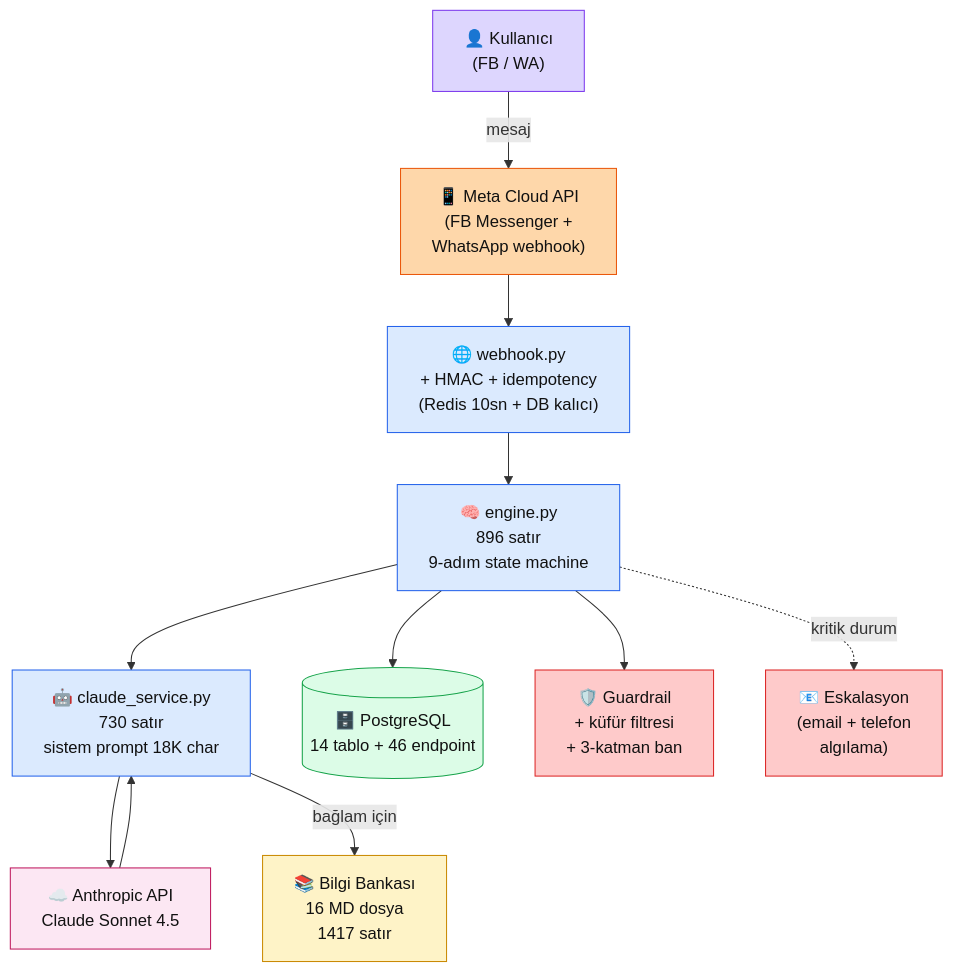
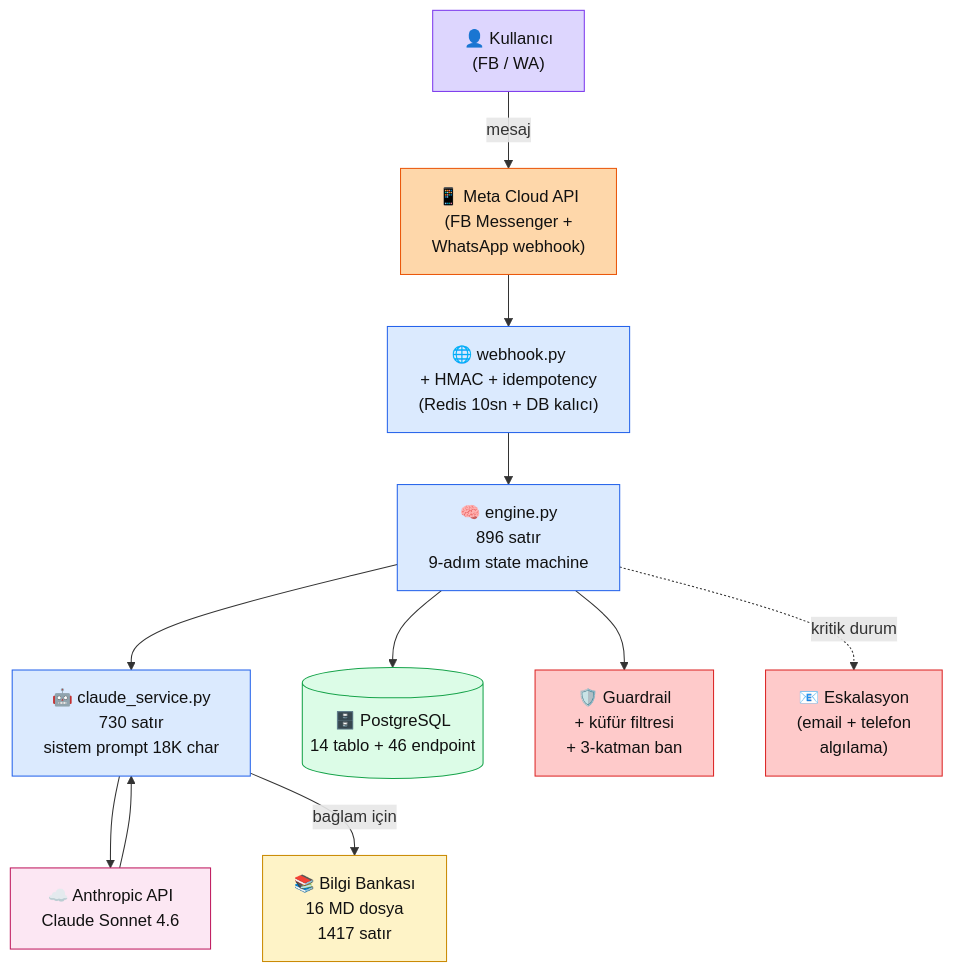
The diagram in docs/bolum-4/08-production.md (KemalG-u/muhendisal-platform), drawn with Mermaid before and after one commit. The commit also changed other lines of this file and 41 other files, not shown here.

````diff
--- a/docs/bolum-4/08-production.md
+++ b/docs/bolum-4/08-production.md
@@ -41,35 +41,35 @@
 ```mermaid
 flowchart TB
   U["👤 Kullanıcı\n(FB / WA)"]
   META["📱 Meta Cloud API\n(FB Messenger +\nWhatsApp webhook)"]
   WB["🌐 webhook.py\n+ HMAC + idempotency\n(Redis 10sn + DB kalıcı)"]
   EN["🧠 engine.py\n896 satır\n9-adım state machine"]
   CS["🤖 claude_service.py\n730 satır\nsistem prompt 18K char"]
-  CLAUDE["☁️ Anthropic API\nClaude Sonnet 4.5"]
+  CLAUDE["☁️ Anthropic API\nClaude Sonnet 4.6"]
   KB["📚 Bilgi Bankası\n16 MD dosya\n1417 satır"]
   DB[("🗄️ PostgreSQL\n14 tablo + 46 endpoint")]
   GR["🛡️ Guardrail\n+ küfür filtresi\n+ 3-katman ban"]
   ESC["📧 Eskalasyon\n(email + telefon\nalgılama)"]
 
   U -->|mesaj| META --> WB --> EN
   EN --> GR
   EN --> CS --> CLAUDE --> CS
   CS -->|bağlam için| KB
   EN --> DB
   EN -.kritik durum.-> ESC
 
   classDef kul fill:#ddd6fe,stroke:#7c3aed,color:#111
   classDef platform fill:#fed7aa,stroke:#ea580c,color:#111
   classDef kod fill:#dbeafe,stroke:#2563eb,color:#111
   classDef llm fill:#fce7f3,stroke:#be185d,color:#111
   classDef veri fill:#fef3c7,stroke:#ca8a04,color:#111
   classDef db fill:#dcfce7,stroke:#16a34a,color:#111
   classDef guv fill:#fecaca,stroke:#dc2626,color:#111
   class U kul
   class META platform
   class WB,EN,CS kod
   class CLAUDE llm
   class KB veri
   class DB db
   class GR,ESC guv
 ```
````
